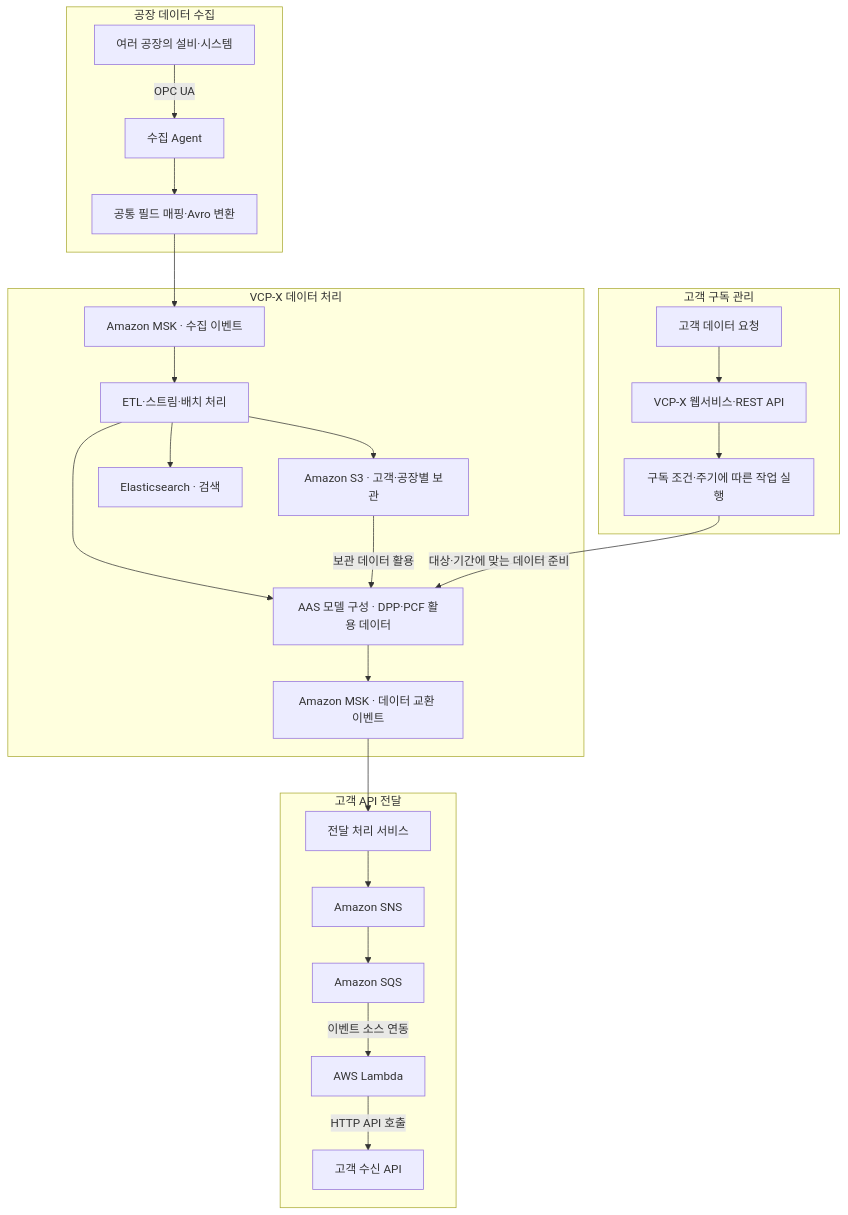
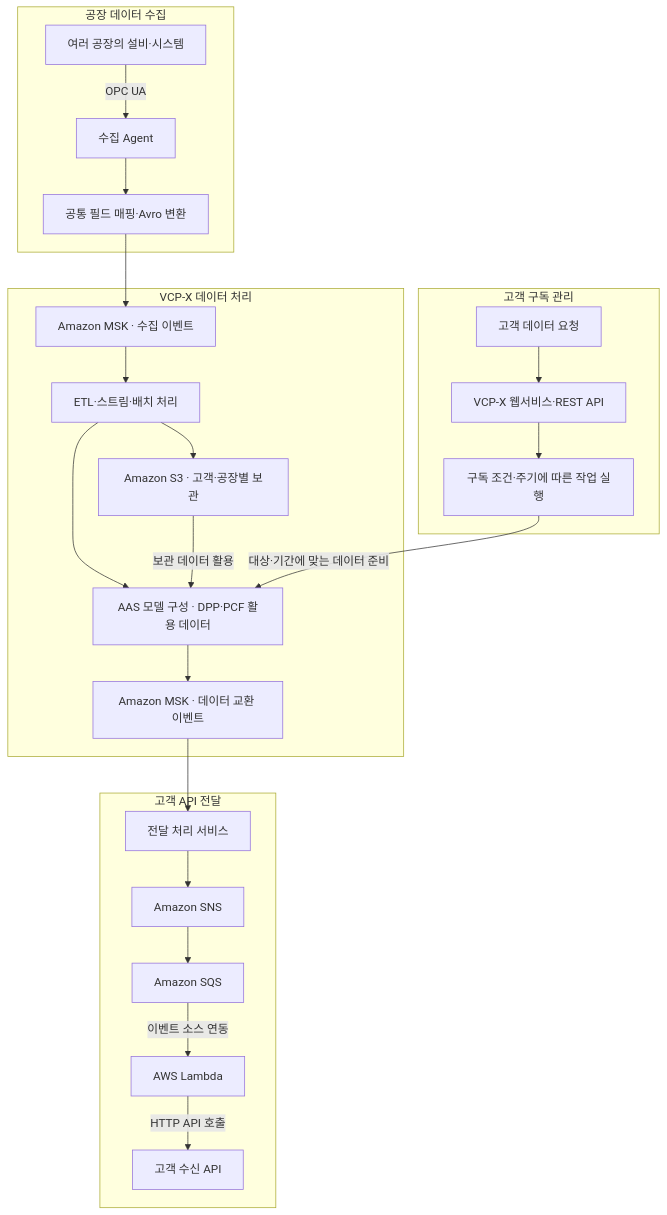
The first of 3 diagrams in README.md (CodeHymm/vcp_data_platform), drawn with Mermaid before and after one commit. The commit also changed other lines of this file, not shown here.

````diff
--- a/README.md
+++ b/README.md
@@ -24,49 +16,47 @@
 ```mermaid
 flowchart TD
     subgraph SOURCE["공장 데이터 수집"]
         FACTORY["여러 공장의 설비·시스템"]
         AGENT["수집 Agent"]
         NORMALIZE["공통 필드 매핑·Avro 변환"]
         FACTORY -->|OPC UA| AGENT
         AGENT --> NORMALIZE
     end
 
     subgraph PLATFORM["VCP-X 데이터 처리"]
         INGEST["Amazon MSK · 수집 이벤트"]
         PROCESS["ETL·스트림·배치 처리"]
         STORAGE["Amazon S3 · 고객·공장별 보관"]
-        SEARCH["Elasticsearch · 검색"]
         AAS["AAS 모델 구성 · DPP·PCF 활용 데이터"]
         EXCHANGE["Amazon MSK · 데이터 교환 이벤트"]
         INGEST --> PROCESS
         PROCESS --> STORAGE
-        PROCESS --> SEARCH
         PROCESS --> AAS
         STORAGE -->|보관 데이터 활용| AAS
         AAS --> EXCHANGE
     end
 
     subgraph SUBSCRIPTION["고객 구독 관리"]
         REQUEST["고객 데이터 요청"]
         API["VCP-X 웹서비스·REST API"]
         JOB["구독 조건·주기에 따른 작업 실행"]
         REQUEST --> API
         API --> JOB
     end
 
     subgraph DELIVERY["고객 API 전달"]
         DISPATCH["전달 처리 서비스"]
         SNS["Amazon SNS"]
         SQS["Amazon SQS"]
         LAMBDA["AWS Lambda"]
         RECEIVER["고객 수신 API"]
         DISPATCH --> SNS
         SNS --> SQS
         SQS -->|이벤트 소스 연동| LAMBDA
         LAMBDA -->|HTTP API 호출| RECEIVER
     end
 
     NORMALIZE --> INGEST
     JOB -->|대상·기간에 맞는 데이터 준비| AAS
     EXCHANGE --> DISPATCH
 ```
````
